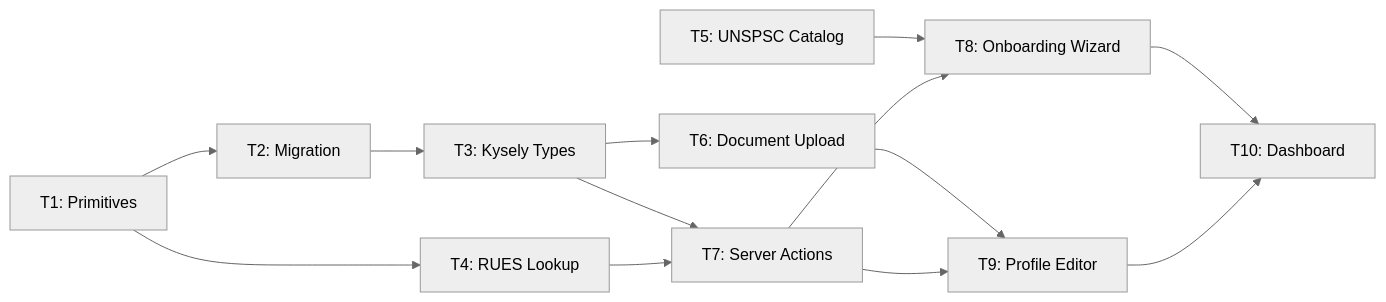
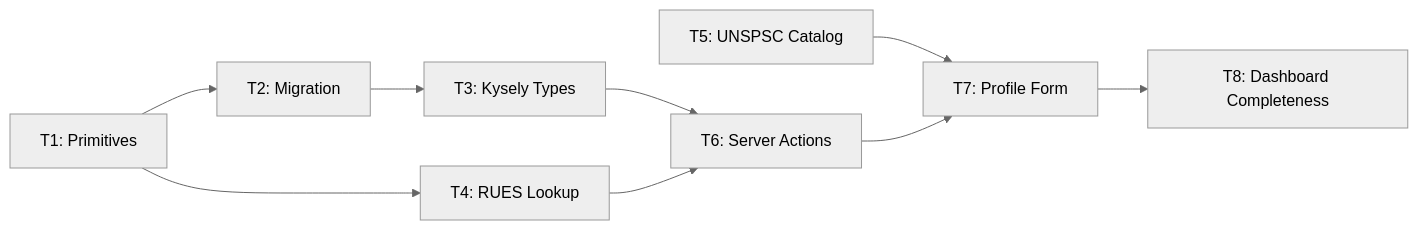
The third of 3 diagrams in docs/company-profiling-onboarding/feat/00-overview.md (agentezai/coltratos), drawn with Mermaid (neutral theme) before and after one commit. The commit also changed other lines of this file and 21 other files, not shown here.

````diff
--- a/docs/company-profiling-onboarding/feat/00-overview.md
+++ b/docs/company-profiling-onboarding/feat/00-overview.md
@@ -111,26 +97,20 @@
 ```mermaid
 flowchart LR
     T1["T1: Primitives"]
     T2["T2: Migration"]
     T3["T3: Kysely Types"]
     T4["T4: RUES Lookup"]
     T5["T5: UNSPSC Catalog"]
-    T6["T6: Document Upload"]
-    T7["T7: Server Actions"]
-    T8["T8: Onboarding Wizard"]
-    T9["T9: Profile Editor"]
-    T10["T10: Dashboard"]
+    T6["T6: Server Actions"]
+    T7["T7: Profile Form"]
+    T8["T8: Dashboard Completeness"]
 
     T1 --> T2
     T2 --> T3
     T1 --> T4
     T3 --> T6
-    T3 --> T7
-    T4 --> T7
-    T5 --> T8
+    T4 --> T6
+    T5 --> T7
+    T6 --> T7
     T7 --> T8
-    T6 --> T9
-    T7 --> T9
-    T8 --> T10
-    T9 --> T10
 ```
````
